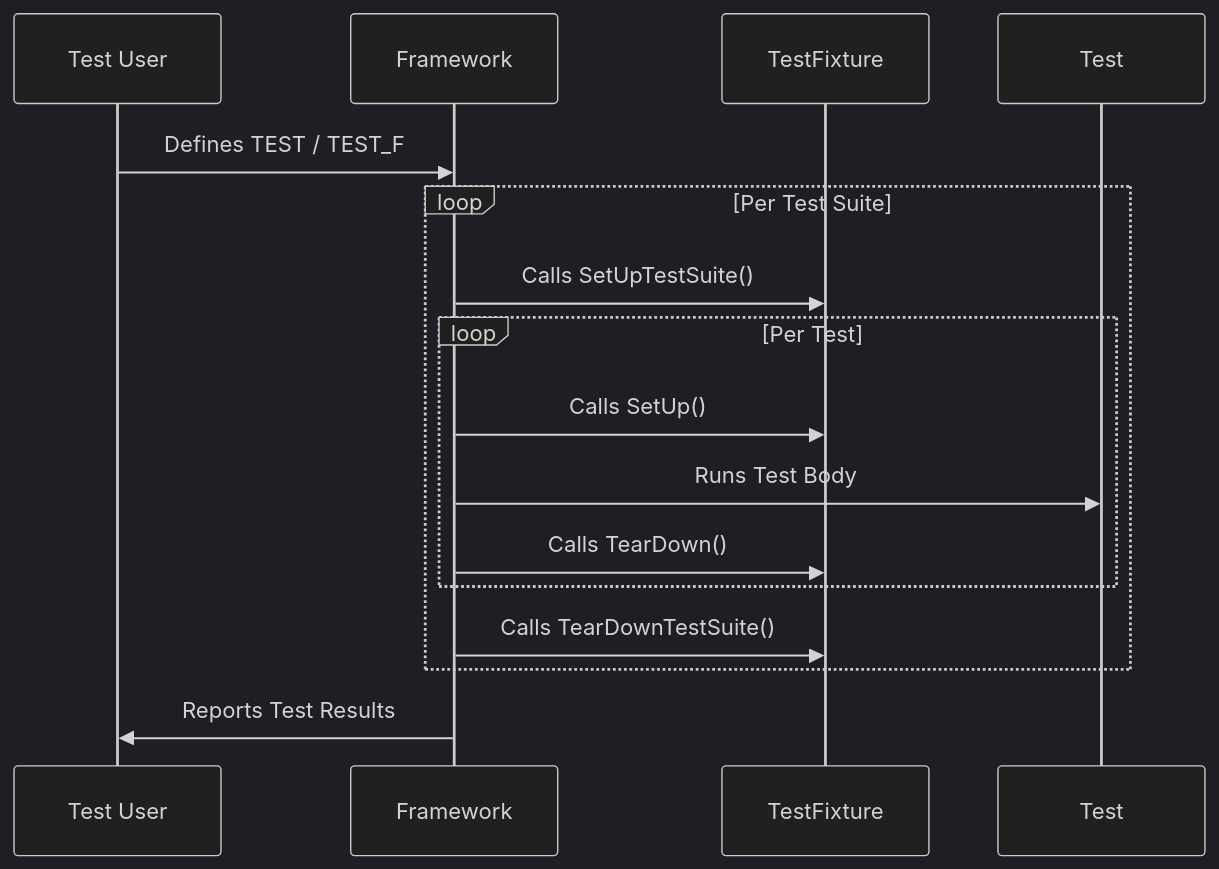
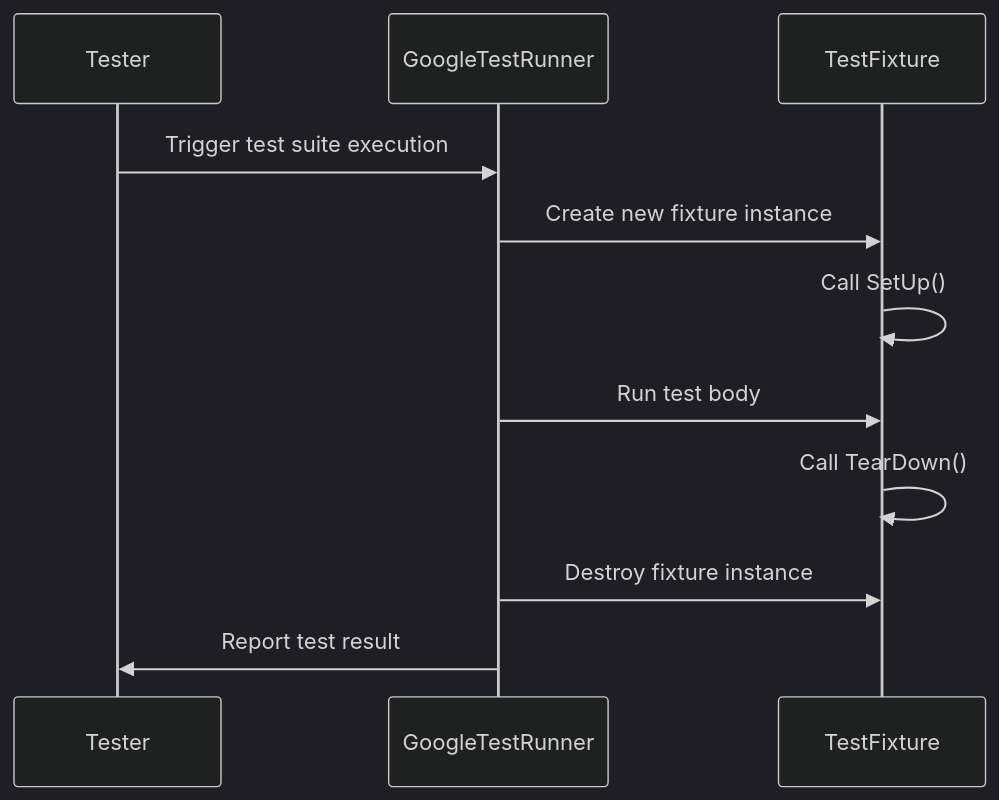
The diagram in api-reference/core-testing-api/test-structure.mdx (clidey/docucod-public-project-869ef7c3-7eff-4ad2-9765-2698303f14d7), drawn with Mermaid (dark theme) before and after one commit. The commit also changed other lines of this file and 53 other files, not shown here.

````diff
--- a/api-reference/core-testing-api/test-structure.mdx
+++ b/api-reference/core-testing-api/test-structure.mdx
@@ -199,16 +187,14 @@
 ```mermaid
 sequenceDiagram
-  participant User as Test User
-  participant GoogleTest as Framework
-  User->>GoogleTest: Defines TEST / TEST_F
-  loop Per Test Suite
-    GoogleTest->>TestFixture: Calls SetUpTestSuite()
-    loop Per Test
-      GoogleTest->>TestFixture: Calls SetUp()
-      GoogleTest->>Test: Runs Test Body
-      GoogleTest->>TestFixture: Calls TearDown()
-    end
-    GoogleTest->>TestFixture: Calls TearDownTestSuite()
-  end
-  GoogleTest->>User: Reports Test Results
+  participant Tester
+  participant GoogleTestRunner
+  participant TestFixture
+
+  Tester->>GoogleTestRunner: Trigger test suite execution
+  GoogleTestRunner->>TestFixture: Create new fixture instance
+  TestFixture->>TestFixture: Call SetUp()
+  GoogleTestRunner->>TestFixture: Run test body
+  TestFixture->>TestFixture: Call TearDown()
+  GoogleTestRunner->>TestFixture: Destroy fixture instance
+  GoogleTestRunner->>Tester: Report test result
 ```
````
